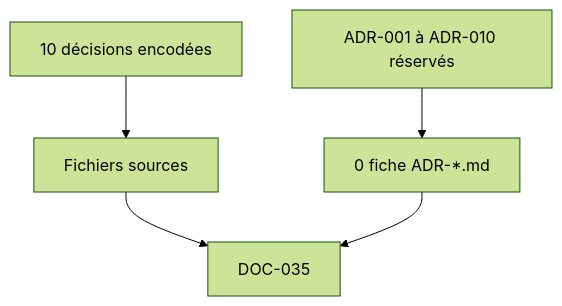
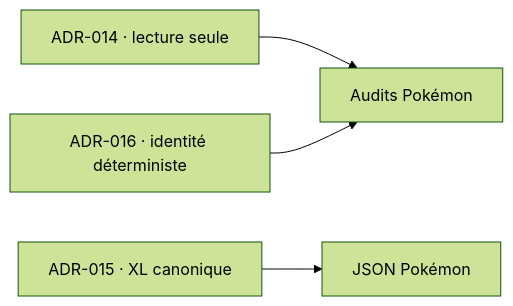
One commit to Matthieu-Vachet/dashboard_Admin changed the diagram in docs/Tome 1 — Foundation (Fondations)/DOC-035-adr-index.md. Above: the diagram before and after it, drawn with Mermaid (forest theme). The commit also changed other lines of this file and 40 other files, not shown here.

````diff
--- a/docs/Tome 1 — Foundation (Fondations)/DOC-035-adr-index.md
+++ b/docs/Tome 1 — Foundation (Fondations)/DOC-035-adr-index.md
@@ -75,7 +42,6 @@
 ```mermaid
-flowchart TD
-  CODE["10 décisions encodées"] --> EVIDENCE["Fichiers sources"]
-  MAP["ADR-001 à ADR-010 réservés"] --> ABSENT["0 fiche ADR-*.md"]
-  EVIDENCE --> INDEX["DOC-035"]
-  ABSENT --> INDEX
+flowchart LR
+  ADR14["ADR-014 · lecture seule"] --> AUDIT["Audits Pokémon"]
+  ADR16["ADR-016 · identité déterministe"] --> AUDIT
+  ADR15["ADR-015 · XL canonique"] --> DATA["JSON Pokémon"]
 ```
````
